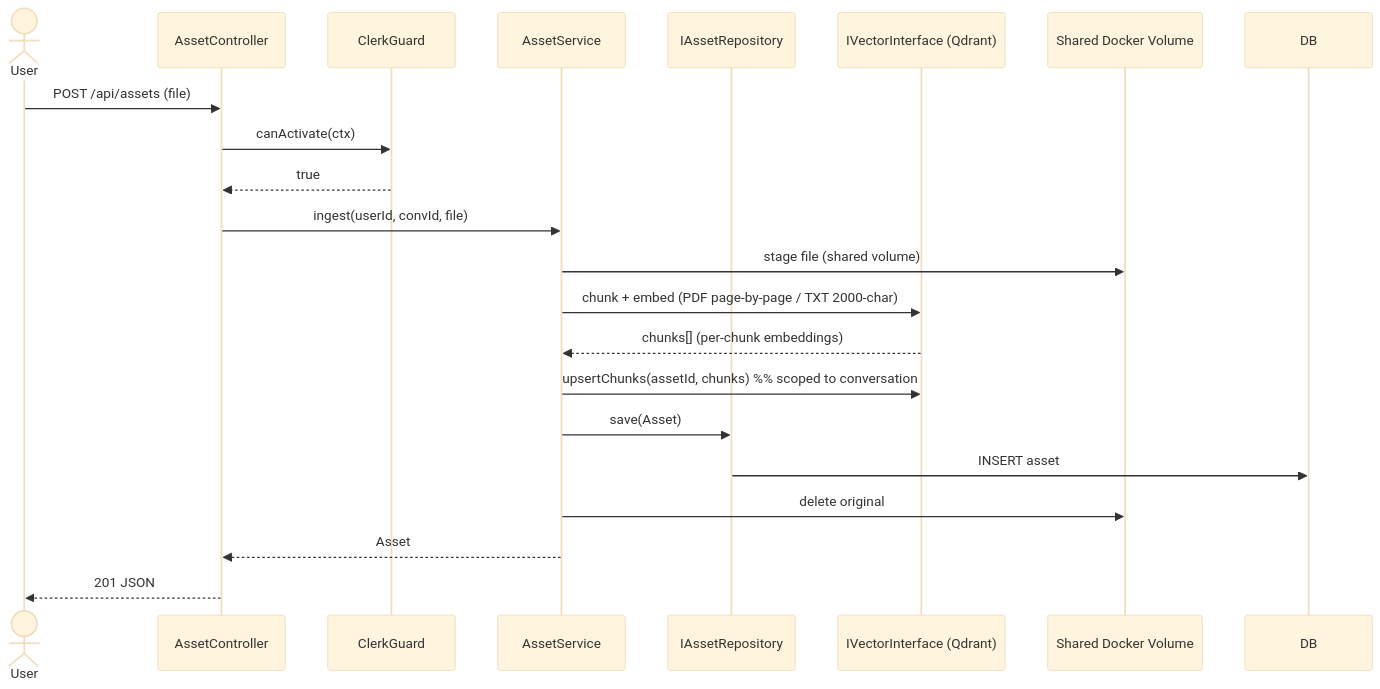
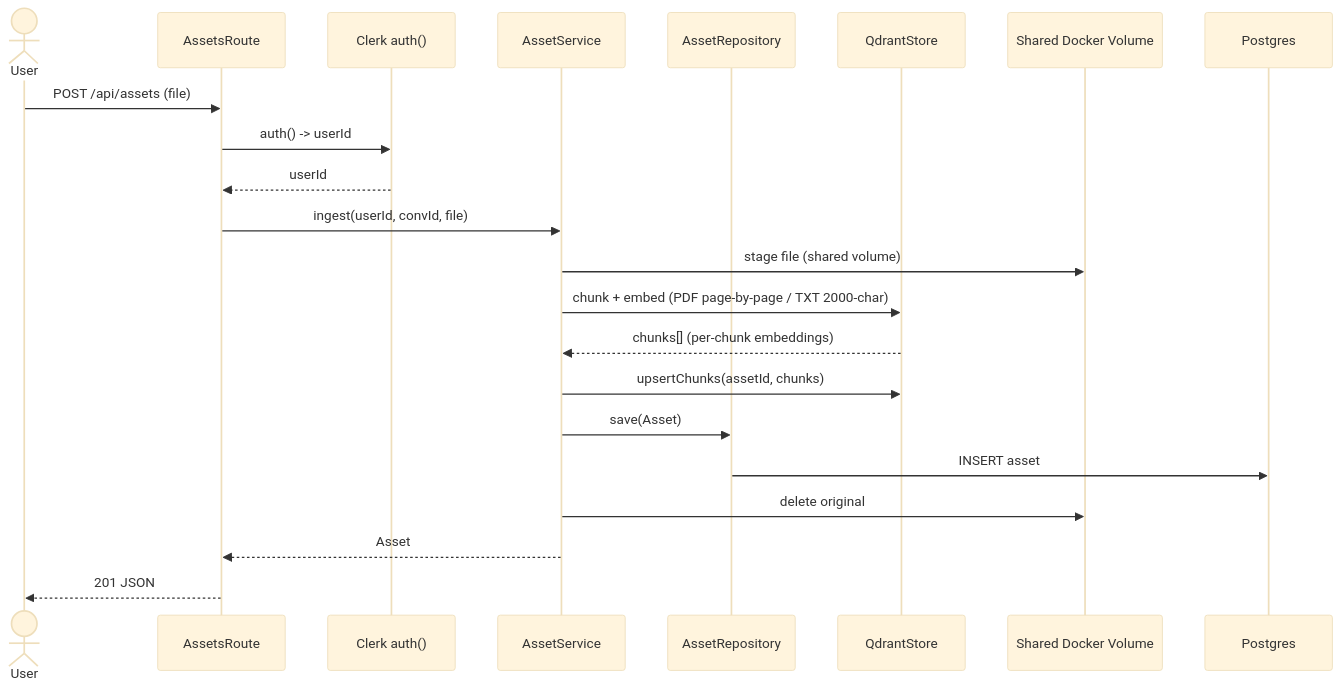
The fourth of 6 diagrams in _bmad-output/planning-artifacts/03-sequence.md (Glitch-guy0/chaiGPT), drawn with Mermaid (base theme) before and after one commit. The commit also changed other lines of this file and 9 other files, not shown here.

````diff
--- a/_bmad-output/planning-artifacts/03-sequence.md
+++ b/_bmad-output/planning-artifacts/03-sequence.md
@@ -102,24 +102,25 @@
 ```mermaid
 sequenceDiagram
     actor User
-    participant AC as AssetController
-    participant G as ClerkGuard
+    participant AC as AssetsRoute
+    participant AUTH as Clerk auth()
     participant AS as AssetService
-    participant AR as IAssetRepository
-    participant VEC as IVectorInterface (Qdrant)
+    participant AR as AssetRepository
+    participant VEC as QdrantStore
     participant VOL as Shared Docker Volume
+    participant DB as Postgres
 
     User->>AC: POST /api/assets (file)
-    AC->>G: canActivate(ctx)
-    G-->>AC: true
+    AC->>AUTH: auth() -> userId
+    AUTH-->>AC: userId
     AC->>AS: ingest(userId, convId, file)
     AS->>VOL: stage file (shared volume)
     AS->>VEC: chunk + embed (PDF page-by-page / TXT 2000-char)
     VEC-->>AS: chunks[] (per-chunk embeddings)
-    AS->>VEC: upsertChunks(assetId, chunks)  %% scoped to conversation
+    AS->>VEC: upsertChunks(assetId, chunks)
     AS->>AR: save(Asset)
     AR->>DB: INSERT asset
     AS->>VOL: delete original
     AS-->>AC: Asset
     AC-->>User: 201 JSON
 ```
````
